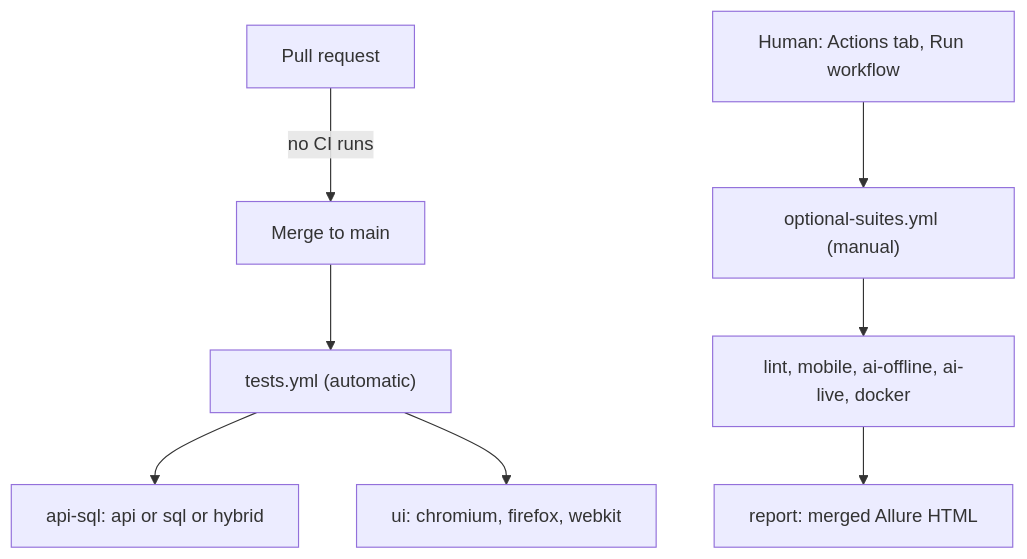
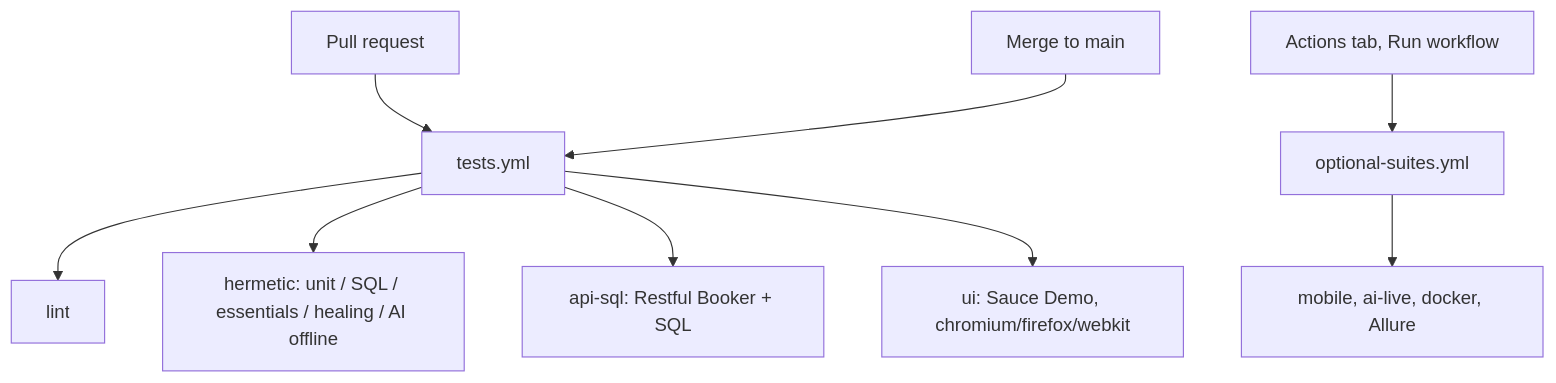
One commit to iamzakirzr/Playwright-ZR changed the diagram in site/framework/ci-cd.md. Above: the diagram before and after it, drawn with Mermaid. The commit also changed other lines of this file and 83 other files, not shown here.

First line of the commit message:
QA architecture hardening: hermetic PR CI, packaging extras, shared safety/agent surfaces (#4)

````diff
--- a/site/framework/ci-cd.md
+++ b/site/framework/ci-cd.md
@@ -26,10 +26,11 @@
 ```mermaid
 flowchart TD
-  PR["Pull request"] -->|"no CI runs"| M["Merge to main"]
-  M --> TY["tests.yml (automatic)"]
-  TY --> J1["api-sql: api or sql or hybrid"]
-  TY --> J2["ui: chromium, firefox, webkit"]
-  H["Human: Actions tab, Run workflow"] --> OS["optional-suites.yml (manual)"]
-  OS --> L["lint, mobile, ai-offline, ai-live, docker"]
-  L --> R["report: merged Allure HTML"]
+  PR["Pull request"] --> TY["tests.yml"]
+  TY --> L["lint"]
+  TY --> H["hermetic: unit / SQL / essentials / healing / AI offline"]
+  M["Merge to main"] --> TY
+  TY --> J1["api-sql: Restful Booker + SQL"]
+  TY --> J2["ui: Sauce Demo, chromium/firefox/webkit"]
+  Human["Actions tab, Run workflow"] --> OS["optional-suites.yml"]
+  OS --> O["mobile, ai-live, docker, Allure"]
 ```
````
